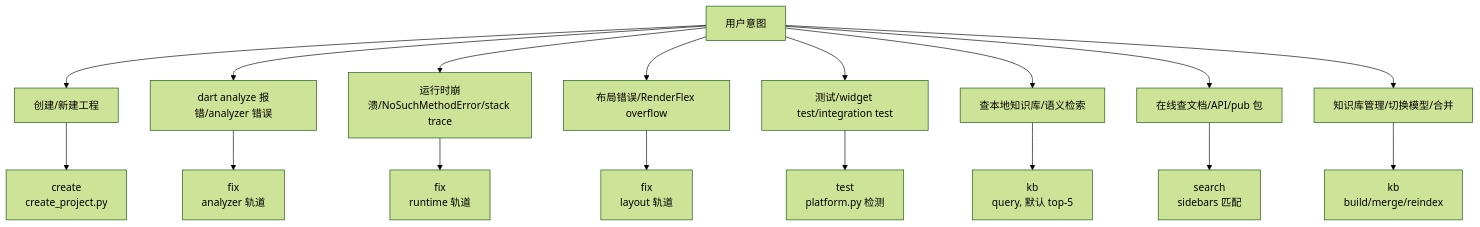
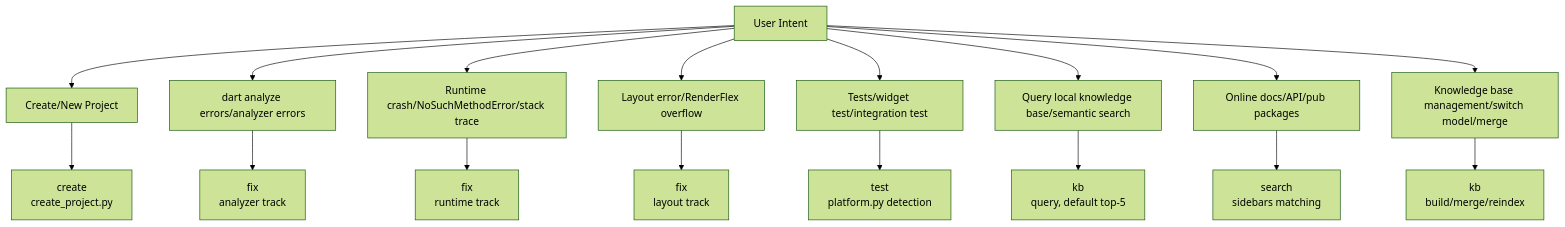
Before and after one commit to Kirky-X/flutter-dev: the first of 2 diagrams in SKILL.md, drawn with Mermaid (forest theme). The commit also changed other lines of this file and 9 other files, not shown here.

````diff
--- a/SKILL.md
+++ b/SKILL.md
@@ -21,19 +21,19 @@
 ```mermaid
 flowchart TD
-    A[用户意图] --> B["创建/新建工程"]
-    A --> D["dart analyze 报错/analyzer 错误"]
-    A --> F["运行时崩溃/NoSuchMethodError/stack trace"]
-    A --> H["布局错误/RenderFlex overflow"]
-    A --> J["测试/widget test/integration test"]
-    A --> L["查本地知识库/语义检索"]
-    A --> N["在线查文档/API/pub 包"]
-    A --> P["知识库管理/切换模型/合并"]
+    A[User Intent] --> B["Create/New Project"]
+    A --> D["dart analyze errors/analyzer errors"]
+    A --> F["Runtime crash/NoSuchMethodError/stack trace"]
+    A --> H["Layout error/RenderFlex overflow"]
+    A --> J["Tests/widget test/integration test"]
+    A --> L["Query local knowledge base/semantic search"]
+    A --> N["Online docs/API/pub packages"]
+    A --> P["Knowledge base management/switch model/merge"]
     B --> C[create<br/>create_project.py]
-    D --> E[fix<br/>analyzer 轨道]
-    F --> G[fix<br/>runtime 轨道]
-    H --> I[fix<br/>layout 轨道]
-    J --> K[test<br/>platform.py 检测]
-    L --> M[kb<br/>query, 默认 top-5]
-    N --> O[search<br/>sidebars 匹配]
+    D --> E[fix<br/>analyzer track]
+    F --> G[fix<br/>runtime track]
+    H --> I[fix<br/>layout track]
+    J --> K[test<br/>platform.py detection]
+    L --> M[kb<br/>query, default top-5]
+    N --> O[search<br/>sidebars matching]
     P --> Q[kb<br/>build/merge/reindex]
 ```
````
